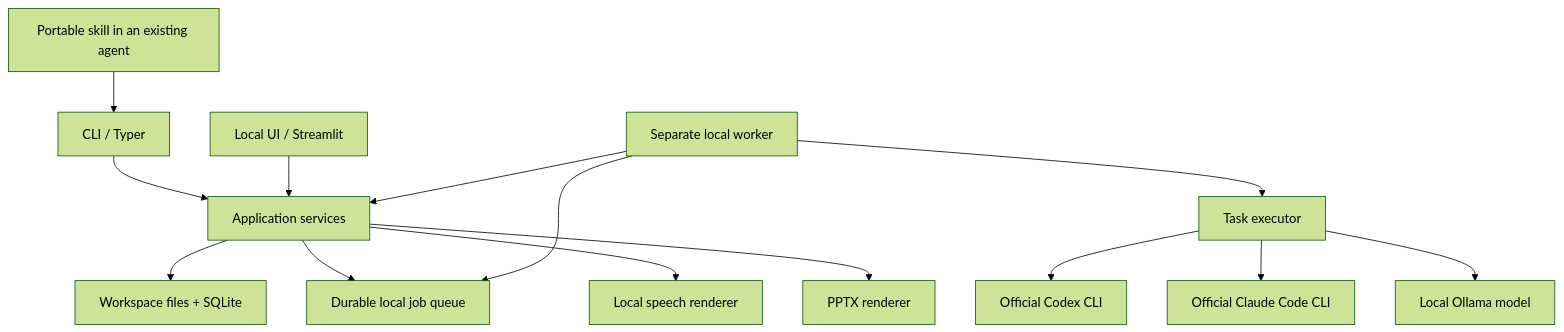
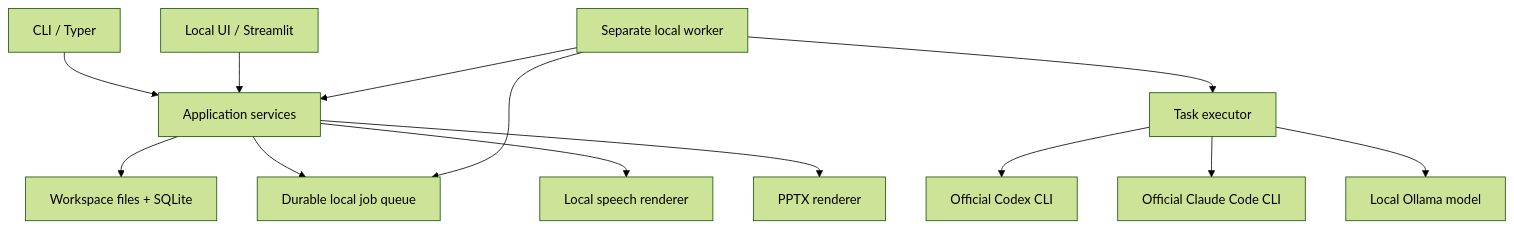
Before and after one commit to emetsds/brofessor: the diagram in docs/architecture.md, drawn with Mermaid (forest theme). The commit also changed other lines of this file and 35 other files, not shown here.

````diff
--- a/docs/architecture.md
+++ b/docs/architecture.md
@@ -7,16 +7,15 @@
 ```mermaid
 flowchart TD
     CLI[CLI / Typer] --> APP[Application services]
     UI[Local UI / Streamlit] --> APP
-    SKILL[Portable skill in an existing agent] --> CLI
     APP --> STORE[Workspace files + SQLite]
     APP --> JOBS[Durable local job queue]
     WORKER[Separate local worker] --> JOBS
     WORKER --> APP
     WORKER --> EXEC[Task executor]
     EXEC --> CODEX[Official Codex CLI]
     EXEC --> CLAUDE[Official Claude Code CLI]
     EXEC --> OLLAMA[Local Ollama model]
     APP --> TTS[Local speech renderer]
     APP --> SLIDES[PPTX renderer]
 ```
````
